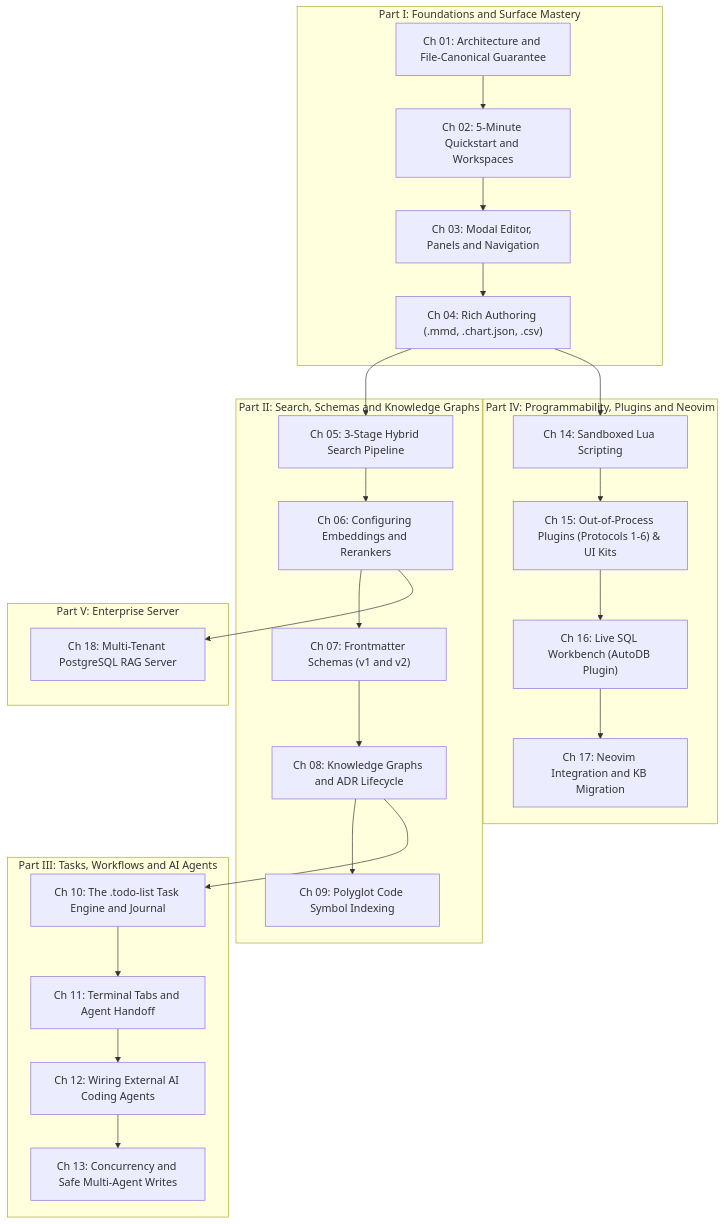
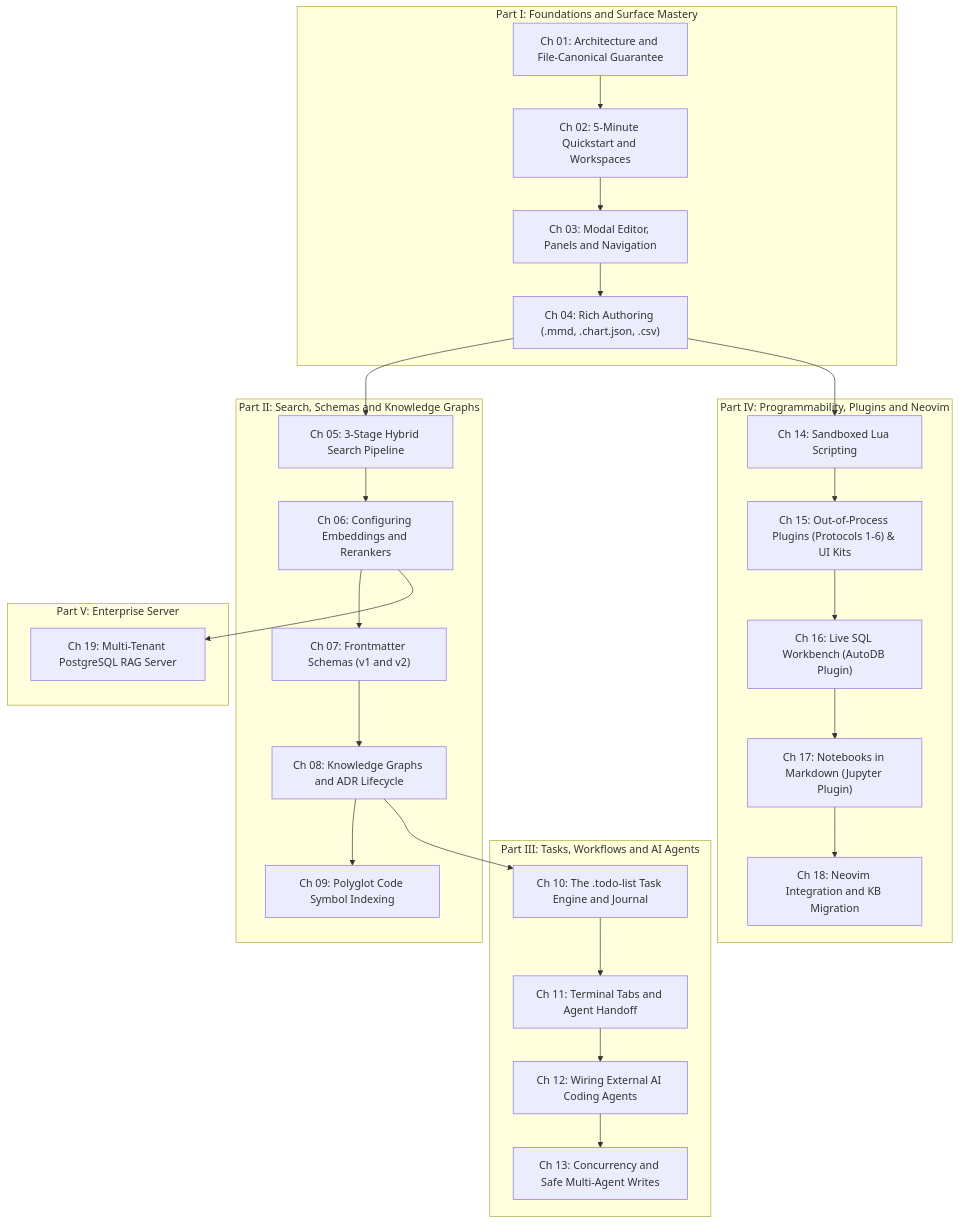
Before and after one commit to yongjohnlee80/autodoc: the diagram in docs/reference/README/book-learning-path.mmd, drawn with Mermaid. The commit also changed 17 other files, not shown here.

First line of the commit message:
docs: Chapter 17, Notebooks in Markdown — the Jupyter plugin; Neovim and the RAG server move to 18 and 19

```diff
--- a/docs/reference/README/book-learning-path.mmd
+++ b/docs/reference/README/book-learning-path.mmd
@@ -1,42 +1,43 @@
 flowchart TD
   subgraph P1["Part I: Foundations and Surface Mastery"]
     C01["Ch 01: Architecture and File-Canonical Guarantee"]
     C02["Ch 02: 5-Minute Quickstart and Workspaces"]
     C03["Ch 03: Modal Editor, Panels and Navigation"]
     C04["Ch 04: Rich Authoring (.mmd, .chart.json, .csv)"]
     C01 --> C02 --> C03 --> C04
   end
 
   subgraph P2["Part II: Search, Schemas and Knowledge Graphs"]
     C05["Ch 05: 3-Stage Hybrid Search Pipeline"]
     C06["Ch 06: Configuring Embeddings and Rerankers"]
     C07["Ch 07: Frontmatter Schemas (v1 and v2)"]
     C08["Ch 08: Knowledge Graphs and ADR Lifecycle"]
     C09["Ch 09: Polyglot Code Symbol Indexing"]
     C05 --> C06 --> C07 --> C08 --> C09
   end
 
   subgraph P3["Part III: Tasks, Workflows and AI Agents"]
     C10["Ch 10: The .todo-list Task Engine and Journal"]
     C11["Ch 11: Terminal Tabs and Agent Handoff"]
     C12["Ch 12: Wiring External AI Coding Agents"]
     C13["Ch 13: Concurrency and Safe Multi-Agent Writes"]
     C10 --> C11 --> C12 --> C13
   end
 
   subgraph P4["Part IV: Programmability, Plugins and Neovim"]
     C14["Ch 14: Sandboxed Lua Scripting"]
     C15["Ch 15: Out-of-Process Plugins (Protocols 1-6) & UI Kits"]
     C16["Ch 16: Live SQL Workbench (AutoDB Plugin)"]
-    C17["Ch 17: Neovim Integration and KB Migration"]
-    C14 --> C15 --> C16 --> C17
+    C17["Ch 17: Notebooks in Markdown (Jupyter Plugin)"]
+    C18["Ch 18: Neovim Integration and KB Migration"]
+    C14 --> C15 --> C16 --> C17 --> C18
   end
 
   subgraph P5["Part V: Enterprise Server"]
-    C18["Ch 18: Multi-Tenant PostgreSQL RAG Server"]
+    C19["Ch 19: Multi-Tenant PostgreSQL RAG Server"]
   end
 
   C04 --> C05
   C08 --> C10
   C04 --> C14
-  C06 --> C18
+  C06 --> C19
```
